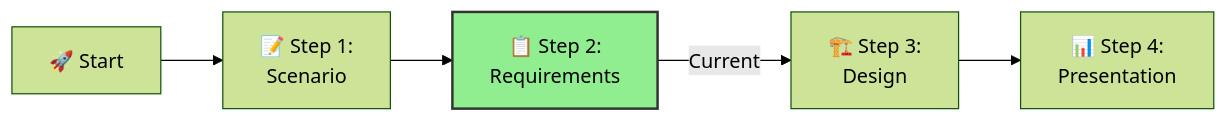
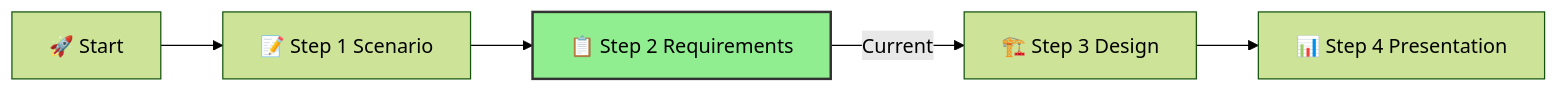
One commit to briandenicola/xlr8-e2eaisolutions changed the diagram in docs/03-aihub/ifs-aihub-step2-requirements.md. Above: the diagram before and after it, drawn with Mermaid (forest theme). The commit also changed other lines of this file and 17 other files, not shown here.

````diff
--- a/docs/03-aihub/ifs-aihub-step2-requirements.md
+++ b/docs/03-aihub/ifs-aihub-step2-requirements.md
@@ -22,8 +26,8 @@
 ```mermaid
 flowchart LR
-    A[🚀 Start] --> B[📝 Step 1:\nScenario]
-    B --> C[📋 Step 2:\nRequirements]
-    C -->|Current| D[🏗️ Step 3:\nDesign]
-    D --> E[📊 Step 4:\nPresentation]
+    A[🚀 Start] --> B[📝 Step 1 Scenario]
+    B --> C[📋 Step 2 Requirements]
+    C -->|Current| D[🏗️ Step 3 Design]
+    D --> E[📊 Step 4 Presentation]
     style C fill:#90EE90,stroke:#333,stroke-width:2px
 ```
````
